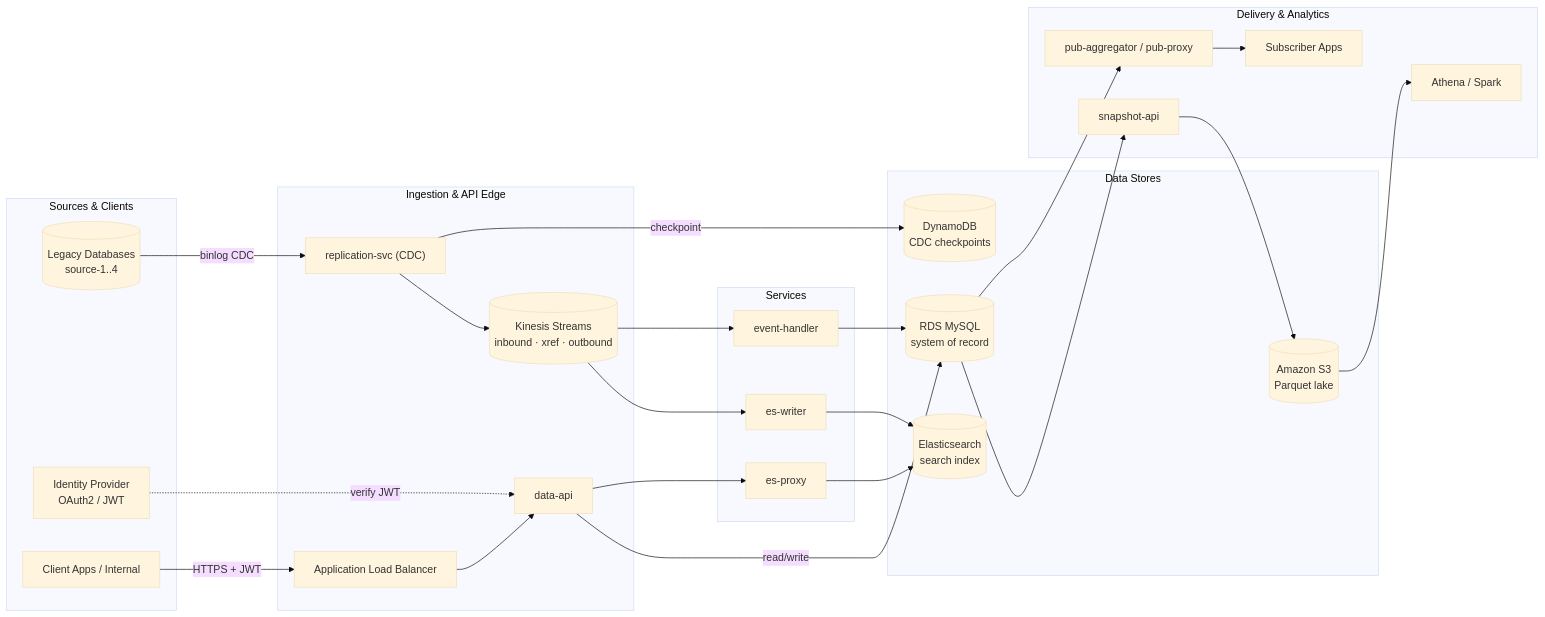
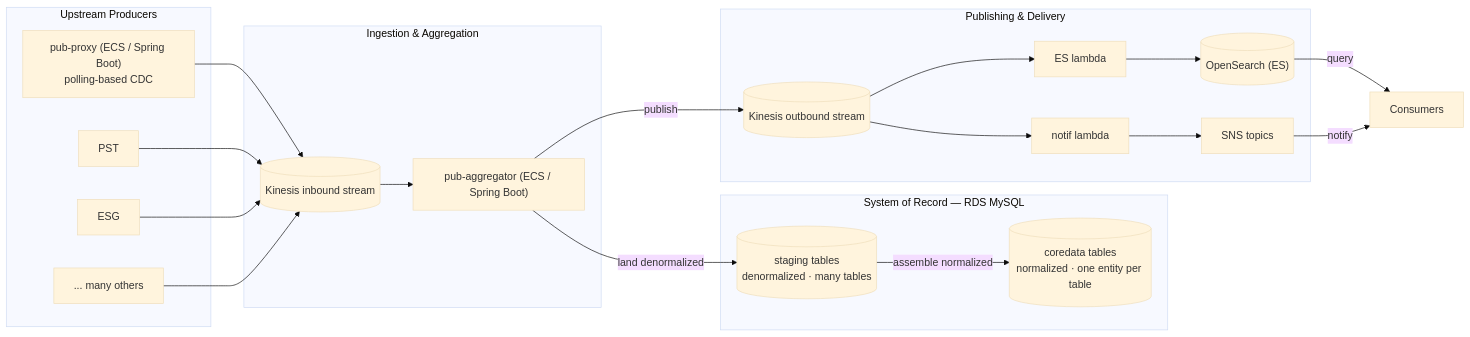
Before and after one commit to pprakashbh/puneet_wellington_account_screening: the first of 7 diagrams in Technical Skills/CoreDataPlatform.md, drawn with Mermaid (base theme). The commit also changed other lines of this file, not shown here.

Commit message:
Updated Technical Diagram

````diff
--- a/Technical Skills/CoreDataPlatform.md
+++ b/Technical Skills/CoreDataPlatform.md
@@ -35,47 +35,42 @@
 ```mermaid
 flowchart LR
-    subgraph Sources["Sources & Clients"]
-        Legacy[("Legacy Databases<br/>source-1..4")]
-        IdP["Identity Provider<br/>OAuth2 / JWT"]
-        Clients["Client Apps / Internal"]
+    subgraph Producers["Upstream Producers"]
+        Proxy["pub-proxy (ECS / Spring Boot)<br/>polling-based CDC"]
+        PST["PST"]
+        ESG["ESG"]
+        More["... many others"]
     end
 
-    subgraph Ingest["Ingestion & API Edge"]
-        CDC["replication-svc (CDC)"]
-        Kafka[("Kinesis Streams<br/>inbound · xref · outbound")]
-        ALB["Application Load Balancer"]
-        API["data-api"]
+    subgraph Ingest["Ingestion & Aggregation"]
+        Inbound[("Kinesis inbound stream")]
+        Agg["pub-aggregator (ECS / Spring Boot)"]
     end
 
-    subgraph Svc["Services"]
-        EH["event-handler"]
-        ESW["es-writer"]
-        ESP["es-proxy"]
+    subgraph Store["System of Record — RDS MySQL"]
+        Staging[("staging tables<br/>denormalized · many tables")]
+        Core[("coredata tables<br/>normalized · one entity per table")]
     end
 
-    subgraph Data["Data Stores"]
-        DDB[("DynamoDB<br/>CDC checkpoints")]
-        MySQL[("RDS MySQL<br/>system of record")]
-        ES[("Elasticsearch<br/>search index")]
-        S3[("Amazon S3<br/>Parquet lake")]
+    subgraph Fanout["Publishing & Delivery"]
+        Outbound[("Kinesis outbound stream")]
+        ESL["ES lambda"]
+        NL["notif lambda"]
+        OS[("OpenSearch (ES)")]
+        SNS["SNS topics"]
     end
 
-    subgraph Deliver["Delivery & Analytics"]
-        Outbox["pub-aggregator / pub-proxy"]
-        Subs["Subscriber Apps"]
-        Snap["snapshot-api"]
-        Athena["Athena / Spark"]
-    end
+    Consumers["Consumers"]
 
-    Legacy -- binlog CDC --> CDC
-    CDC -- checkpoint --> DDB
-    CDC --> Kafka
-    Kafka --> EH --> MySQL
-    Kafka --> ESW --> ES
-    Clients -- HTTPS + JWT --> ALB --> API
-    IdP -. verify JWT .-> API
-    API --> ESP --> ES
-    API -- read/write --> MySQL
-    MySQL --> Outbox --> Subs
-    MySQL --> Snap --> S3 --> Athena
+    Proxy --> Inbound
+    PST --> Inbound
+    ESG --> Inbound
+    More --> Inbound
+    Inbound --> Agg
+    Agg -- land denormalized --> Staging
+    Staging -- assemble normalized --> Core
+    Agg -- publish --> Outbound
+    Outbound --> ESL --> OS
+    Outbound --> NL --> SNS
+    OS -- query --> Consumers
+    SNS -- notify --> Consumers
 ```
````
